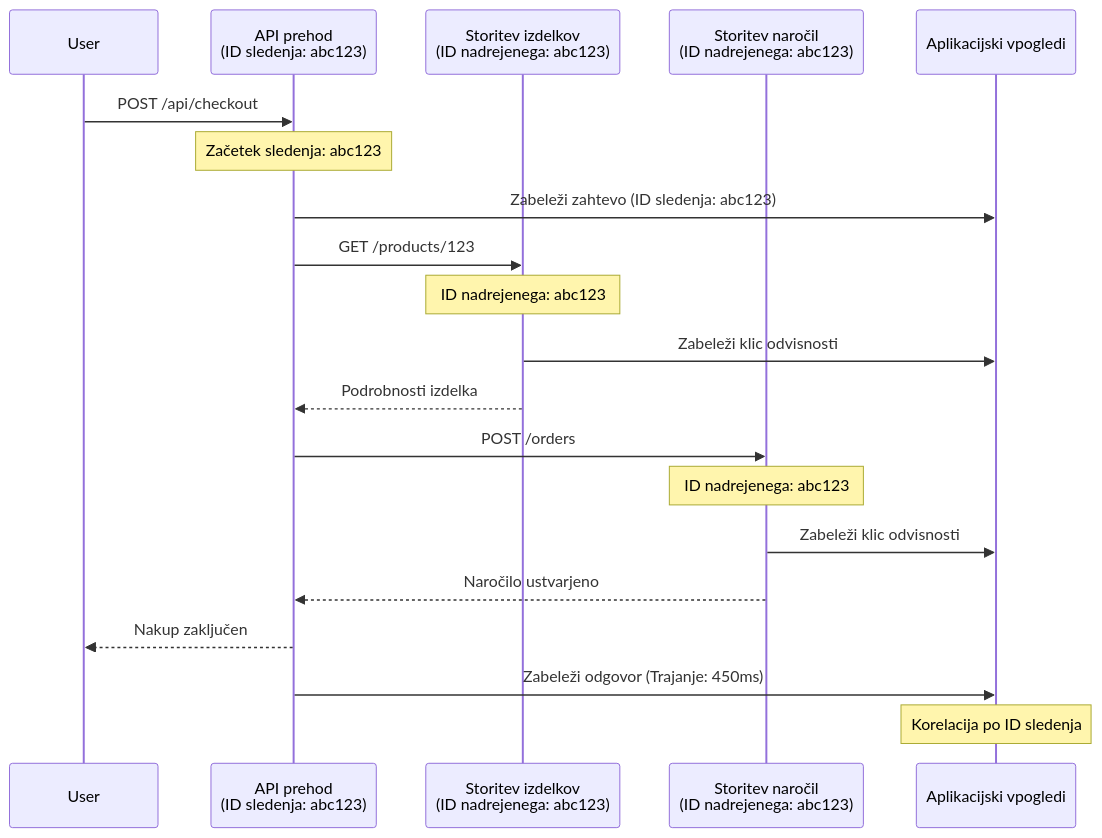
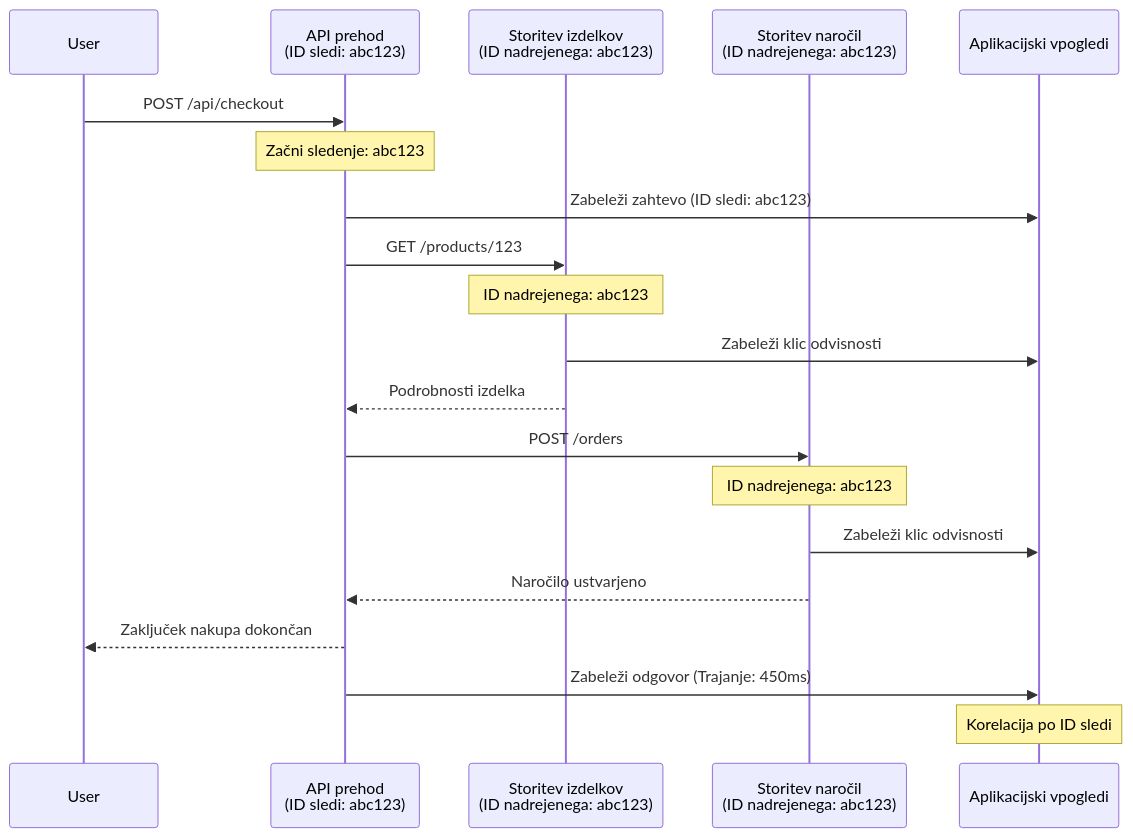
One commit to microsoft/AZD-for-beginners changed the second of 2 diagrams in translations/sl/docs/chapter-06-pre-deployment/application-insights.md. Above: the diagram before and after it, drawn with Mermaid. The commit also changed other lines of this file and 101 other files, not shown here.

````diff
--- a/translations/sl/docs/chapter-06-pre-deployment/application-insights.md
+++ b/translations/sl/docs/chapter-06-pre-deployment/application-insights.md
@@ -744,27 +744,27 @@
 ```mermaid
 sequenceDiagram
     participant User
-    participant Gateway as API prehod<br/>(ID sledenja: abc123)
+    participant Gateway as API prehod<br/>(ID sledi: abc123)
     participant Product as Storitev izdelkov<br/>(ID nadrejenega: abc123)
     participant Order as Storitev naročil<br/>(ID nadrejenega: abc123)
     participant AppInsights as Aplikacijski vpogledi
     
     User->>Gateway: POST /api/checkout
-    Note over Gateway: Začetek sledenja: abc123
-    Gateway->>AppInsights: Zabeleži zahtevo (ID sledenja: abc123)
+    Note over Gateway: Začni sledenje: abc123
+    Gateway->>AppInsights: Zabeleži zahtevo (ID sledi: abc123)
     
     Gateway->>Product: GET /products/123
     Note over Product: ID nadrejenega: abc123
     Product->>AppInsights: Zabeleži klic odvisnosti
     Product-->>Gateway: Podrobnosti izdelka
     
     Gateway->>Order: POST /orders
     Note over Order: ID nadrejenega: abc123
     Order->>AppInsights: Zabeleži klic odvisnosti
     Order-->>Gateway: Naročilo ustvarjeno
     
-    Gateway-->>User: Nakup zaključen
+    Gateway-->>User: Zaključek nakupa dokončan
     Gateway->>AppInsights: Zabeleži odgovor (Trajanje: 450ms)
     
-    Note over AppInsights: Korelacija po ID sledenja
+    Note over AppInsights: Korelacija po ID sledi
 ```
````
